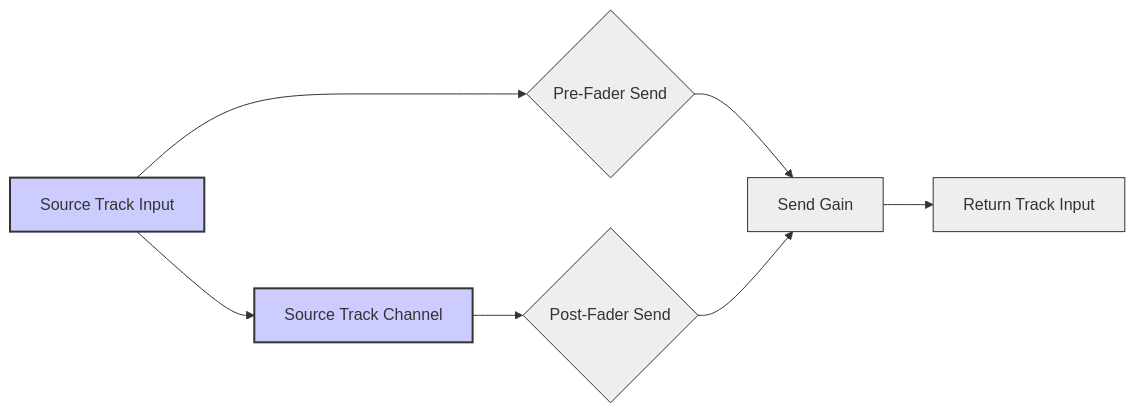
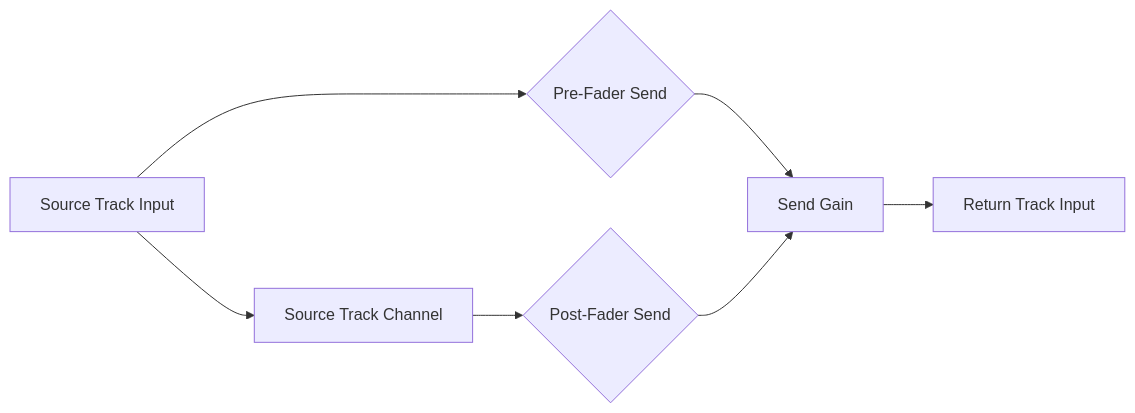
One commit to yannmazita/daw.ts changed the seventh of 9 diagrams in README.md. Above: the diagram before and after it, drawn with Mermaid. The commit also changed other lines of this file, not shown here.

````diff
--- a/README.md
+++ b/README.md
@@ -204,15 +199,9 @@
 ```mermaid
 graph LR
     A[Source Track Input] --> B{Pre-Fader Send};
     A --> C[Source Track Channel];
     C --> D{Post-Fader Send};
     B --> E[Send Gain];
     D --> E;
     E --> F[Return Track Input];
-    style A fill:#ccf,stroke:#333,stroke-width:2px
-    style C fill:#ccf,stroke:#333,stroke-width:2px
-    style B fill:#eee,stroke:#333,stroke-width:1px
-    style D fill:#eee,stroke:#333,stroke-width:1px
-    style E fill:#eee,stroke:#333,stroke-width:1px
-    style F fill:#eee,stroke:#333,stroke-width:1px
 ```
````
